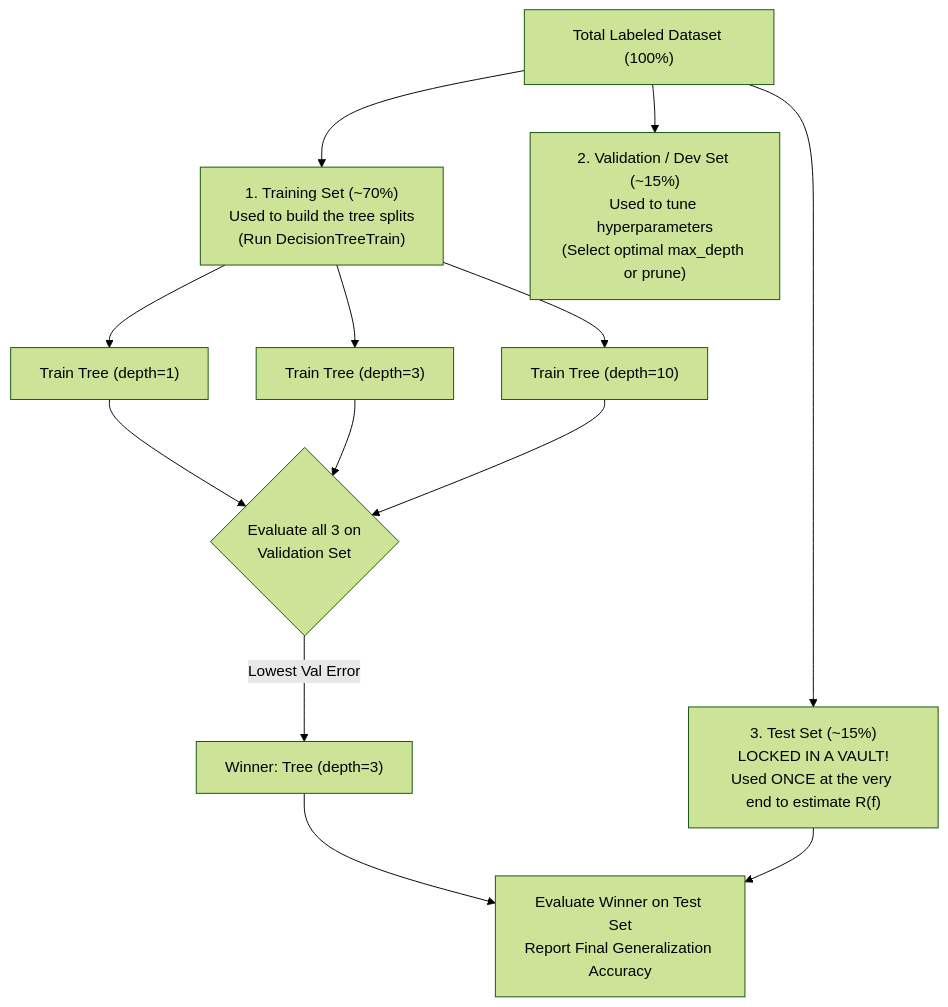
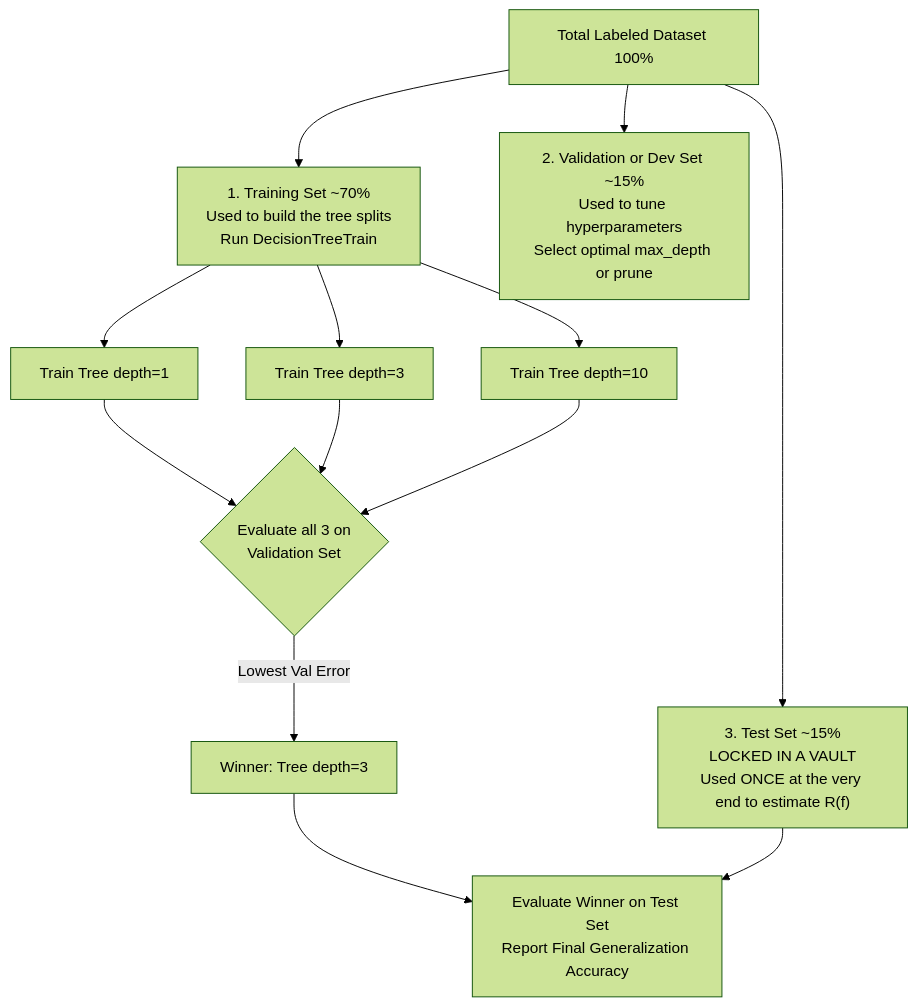
Before and after one commit to Tikam321/MachineLearning: the sixth of 6 diagrams in ML-Basic/Limits-of-Learning-2.md, drawn with Mermaid (forest theme). The commit also changed other lines of this file, not shown here.

````diff
--- a/ML-Basic/Limits-of-Learning-2.md
+++ b/ML-Basic/Limits-of-Learning-2.md
@@ -246,15 +250,17 @@
 ```mermaid
 graph TD
-    FullData["Total Labeled Dataset (100%)"] --> Train["1. Training Set (~70%)<br>Used to build the tree splits<br>(Run DecisionTreeTrain)"]
-    FullData --> Val["2. Validation / Dev Set (~15%)<br>Used to tune hyperparameters<br>(Select optimal max_depth or prune)"]
-    FullData --> Test["3. Test Set (~15%)<br>LOCKED IN A VAULT!<br>Used ONCE at the very end to estimate R(f)"]
+    FullData["Total Labeled Dataset 100%"] --> Train["1. Training Set ~70%<br/>Used to build the tree splits<br/>Run DecisionTreeTrain"]
+    FullData --> Val["2. Validation or Dev Set ~15%<br/>Used to tune hyperparameters<br/>Select optimal max_depth or prune"]
+    FullData --> Test["3. Test Set ~15%<br/>LOCKED IN A VAULT<br/>Used ONCE at the very end to estimate R(f)"]
 
-    Train --> M1["Train Tree (depth=1)"]
-    Train --> M2["Train Tree (depth=3)"]
-    Train --> M3["Train Tree (depth=10)"]
+    Train --> M1["Train Tree depth=1"]
+    Train --> M2["Train Tree depth=3"]
+    Train --> M3["Train Tree depth=10"]
 
-    M1 & M2 & M3 --> EvalVal{"Evaluate all 3 on<br>Validation Set"}
-    EvalVal -->|"Lowest Val Error"| BestModel["Winner: Tree (depth=3)"]
-    BestModel --> FinalCheck["Evaluate Winner on Test Set<br>Report Final Generalization Accuracy"]
+    M1 --> EvalVal{"Evaluate all 3 on<br/>Validation Set"}
+    M2 --> EvalVal
+    M3 --> EvalVal
+    EvalVal -->|"Lowest Val Error"| BestModel["Winner: Tree depth=3"]
+    BestModel --> FinalCheck["Evaluate Winner on Test Set<br/>Report Final Generalization Accuracy"]
     Test --> FinalCheck
 ```
````
